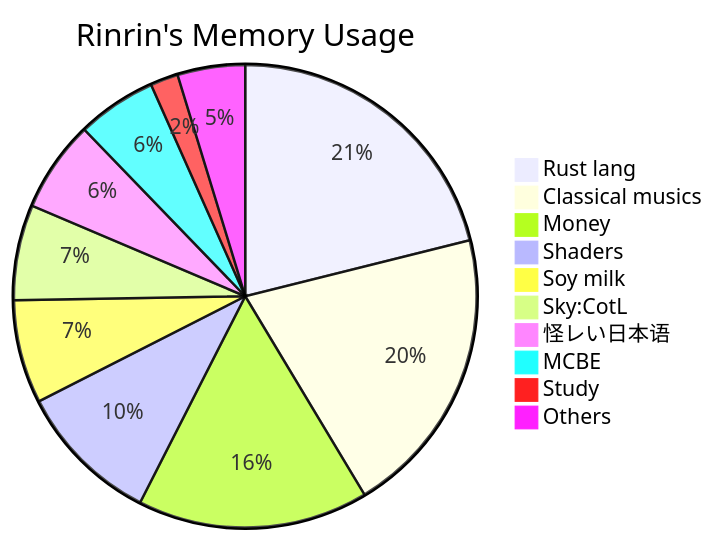
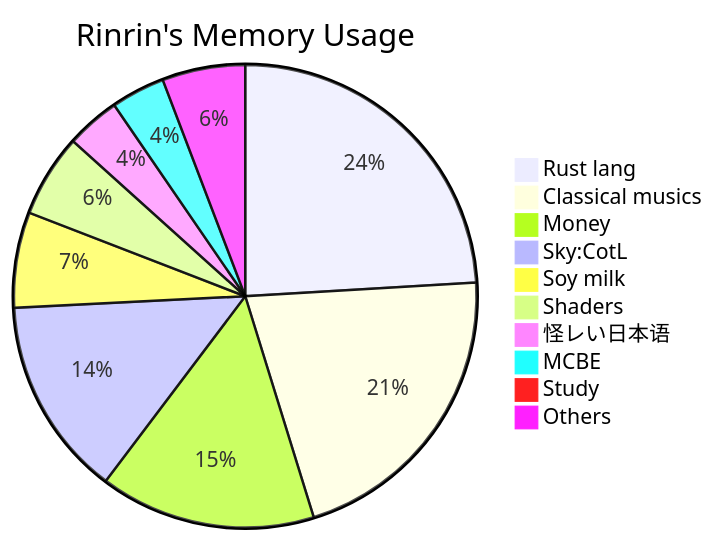
One commit to Rinrin0413/Rinrin0413 changed the diagram in README.md. Above: the diagram before and after it, drawn with Mermaid. The commit also changed 1 other file, not shown here.

Commit message:
Add:git logo / Update:memory usage

````diff
--- a/README.md
+++ b/README.md
@@ -57,13 +57,13 @@
 ```mermaid
 pie title Rinrin's Memory Usage
-    "Rust lang": 76
+    "Rust lang": 83
     "Classical musics": 73
-    "Money": 58
-    "Shaders": 36
-    "Soy milk": 26
-    "Sky:CotL": 24
-    "怪レい日本语": 23
-    "MCBE": 20
-    "Study": 7
-    "Others": 17
+    "Money": 52
+    "Sky:CotL": 48
+    "Soy milk": 23
+    "Shaders": 20
+    "怪レい日本语": 13
+    "MCBE": 13
+    "Study": 2
+    "Others": 20
 ```
````
